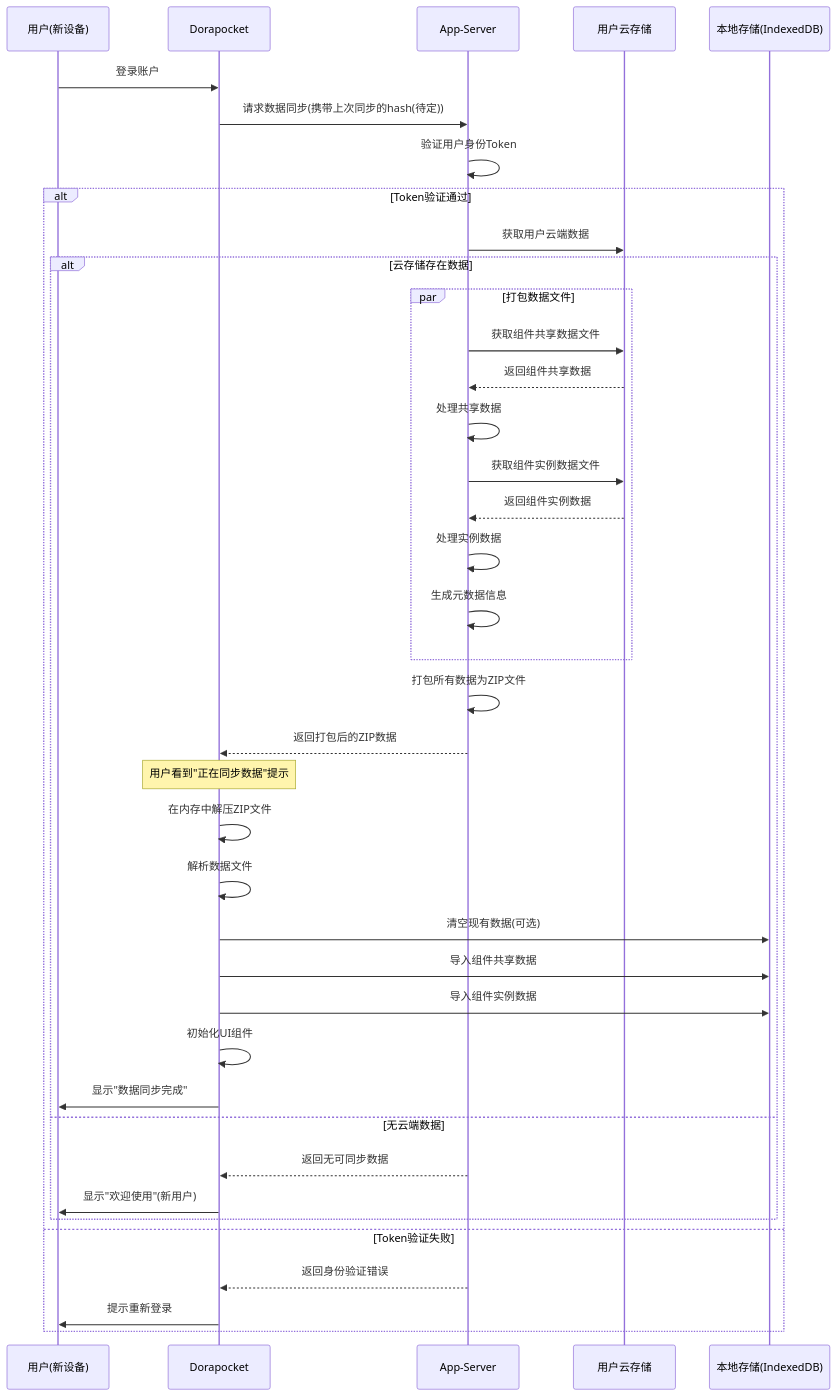
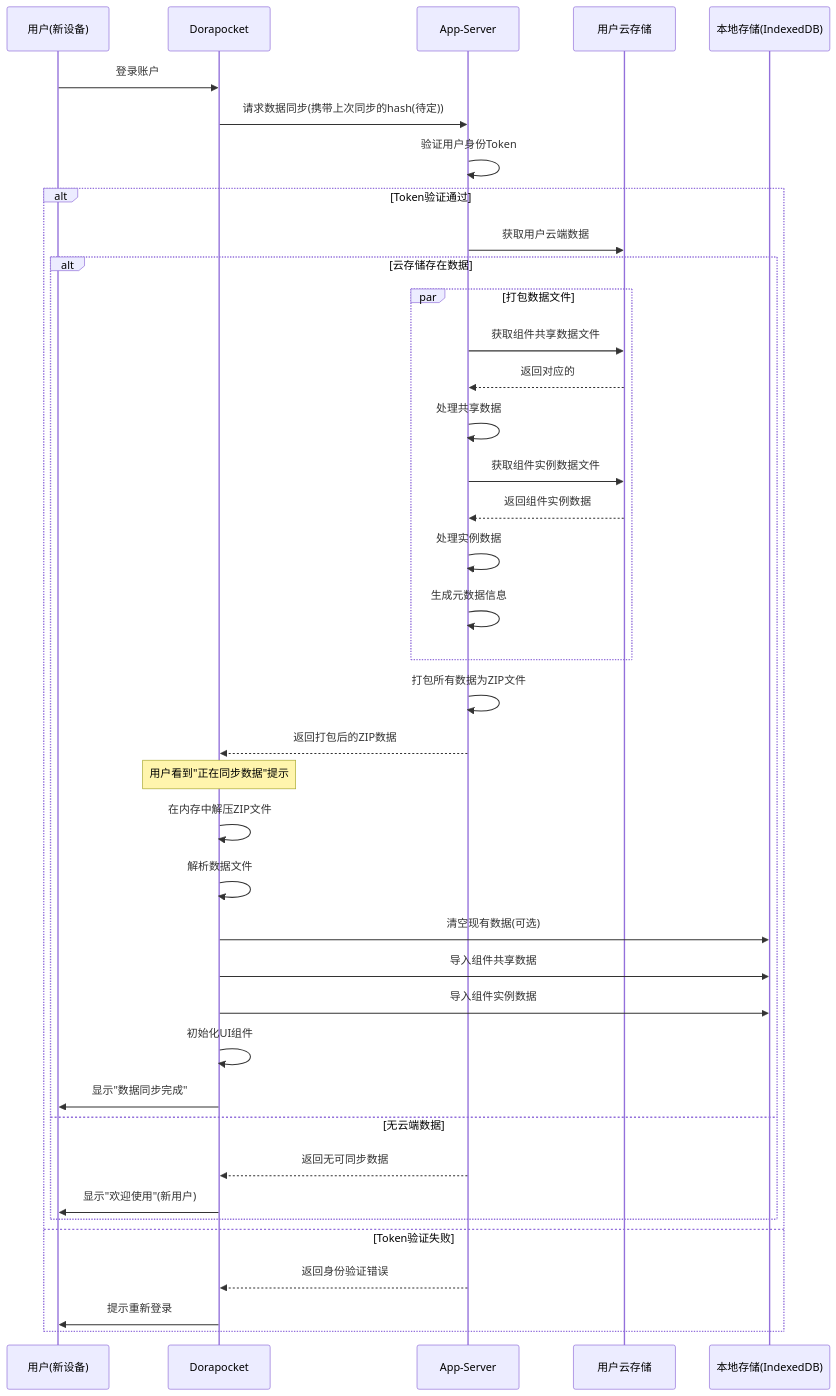
One commit to yingjianzh/iodraw-files changed the diagram in all/未命名-38.md. Above: the diagram before and after it, drawn with Mermaid.

Commit message:
2025-04-21 13:58:52 update

````diff
--- a/all/未命名-38.md
+++ b/all/未命名-38.md
@@ -1,53 +1,53 @@
 ```mermaid
 sequenceDiagram
     participant User as 用户(新设备)
     participant App as Dorapocket
     participant AppServer as App-Server
     participant UserCloud as 用户云存储
     participant LocalDB as 本地存储(IndexedDB)
     
     User->>App: 登录账户
     
     App->>AppServer: 请求数据同步(携带上次同步的hash(待定))
     AppServer->>AppServer: 验证用户身份Token
     
     alt Token验证通过
         AppServer->>UserCloud: 获取用户云端数据
         
         
         alt 云存储存在数据
             par 打包数据文件
                 AppServer->>UserCloud: 获取组件共享数据文件
-                UserCloud-->>AppServer: 返回组件共享数据
+                UserCloud-->>AppServer: 返回对应的
                 AppServer->>AppServer: 处理共享数据
                 
                 AppServer->>UserCloud: 获取组件实例数据文件
                 UserCloud-->>AppServer: 返回组件实例数据
                 AppServer->>AppServer: 处理实例数据
                 
                 AppServer->>AppServer: 生成元数据信息
             end
             
             AppServer->>AppServer: 打包所有数据为ZIP文件
             AppServer-->>App: 返回打包后的ZIP数据
             
             Note over App: 用户看到"正在同步数据"提示
             
             App->>App: 在内存中解压ZIP文件
             App->>App: 解析数据文件
             
             App->>LocalDB: 清空现有数据(可选)
             App->>LocalDB: 导入组件共享数据
             App->>LocalDB: 导入组件实例数据
             
             App->>App: 初始化UI组件
             App->>User: 显示"数据同步完成"
         else 无云端数据
             AppServer-->>App: 返回无可同步数据
             App->>User: 显示"欢迎使用"(新用户)
         end
     else Token验证失败
         AppServer-->>App: 返回身份验证错误
         App->>User: 提示重新登录
     end
 ```
````
